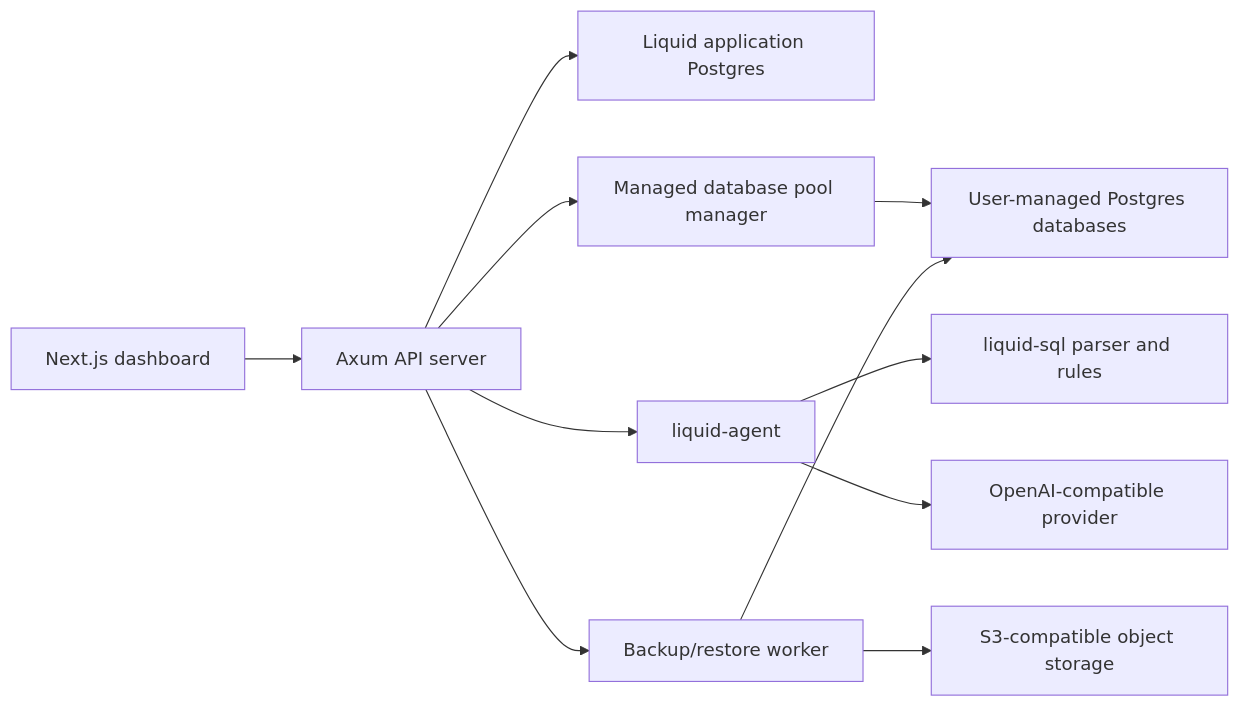
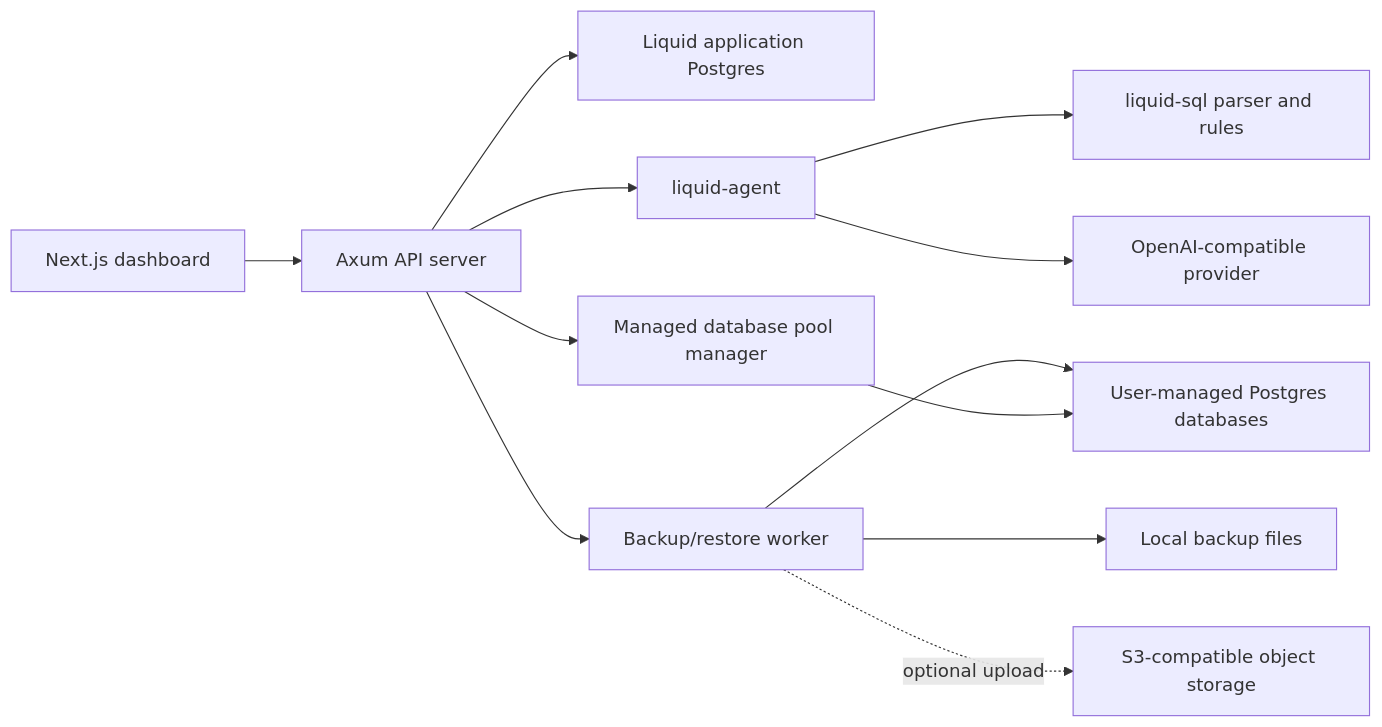
Before and after one commit to zhubby/liquid: the diagram in docs/src/system-architecture.md, drawn with Mermaid. The commit also changed other lines of this file and 20 other files, not shown here.

````diff
--- a/docs/src/system-architecture.md
+++ b/docs/src/system-architecture.md
@@ -8,13 +8,14 @@
 ```mermaid
 flowchart LR
     Browser["Next.js dashboard"] --> API["Axum API server"]
     API --> Store["Liquid application Postgres"]
     API --> Pools["Managed database pool manager"]
     Pools --> Target["User-managed Postgres databases"]
     API --> Agent["liquid-agent"]
     Agent --> SQL["liquid-sql parser and rules"]
     Agent --> LLM["OpenAI-compatible provider"]
     API --> Worker["Backup/restore worker"]
-    Worker --> S3["S3-compatible object storage"]
+    Worker --> LocalFiles["Local backup files"]
+    Worker -. optional upload .-> S3["S3-compatible object storage"]
     Worker --> Target
 ```
````
